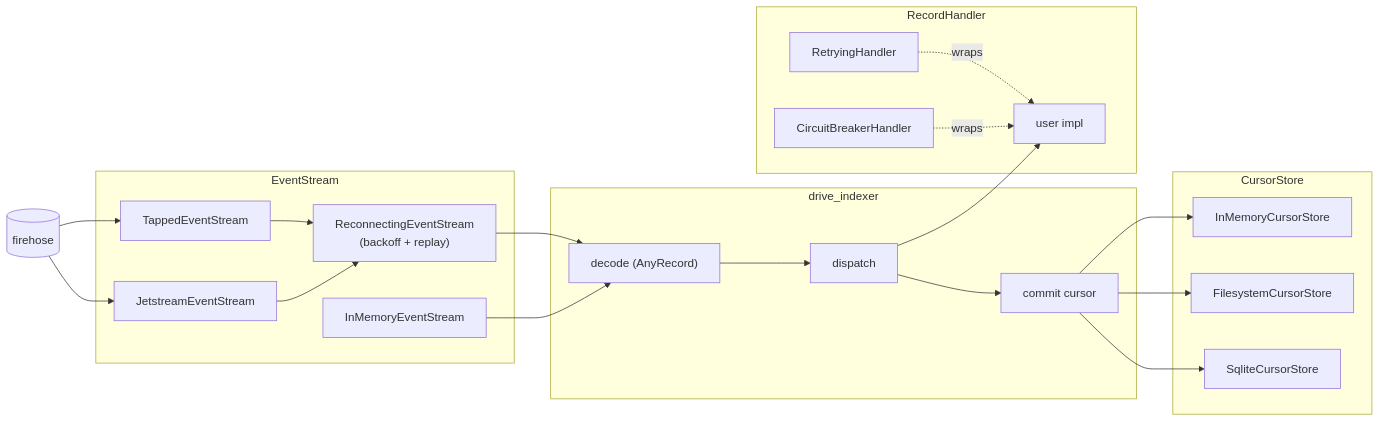
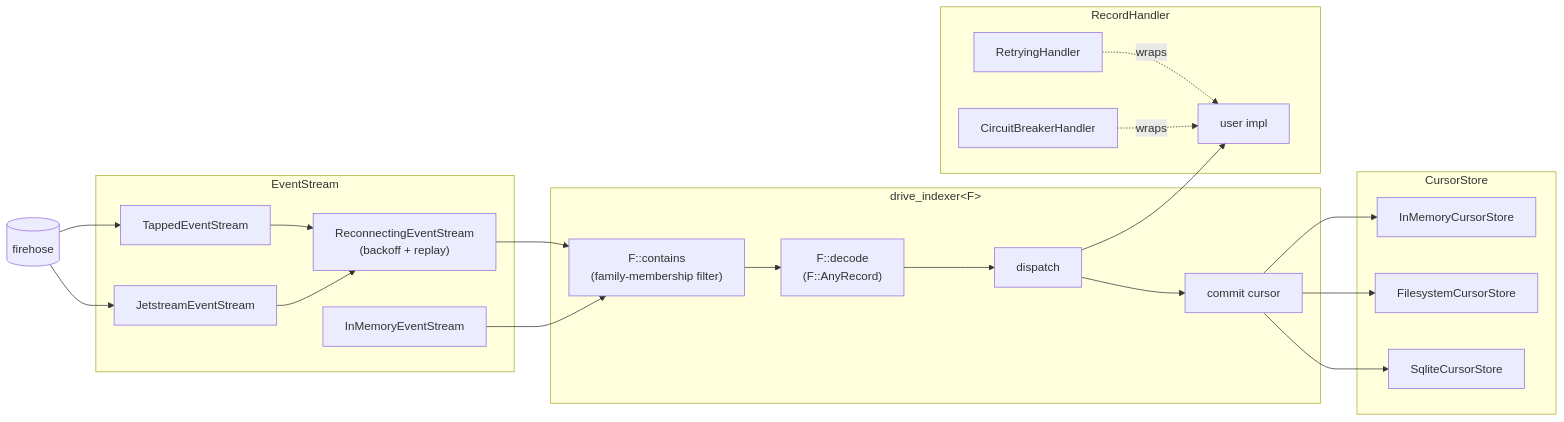
Before and after one commit to idiolect-dev/idiolect: the diagram in crates/idiolect-indexer/README.md, drawn with Mermaid. The commit also changed other lines of this file and 1 other file, not shown here.

First line of the commit message:
docs: refresh records + indexer READMEs for v0.5 family abstraction

````diff
--- a/crates/idiolect-indexer/README.md
+++ b/crates/idiolect-indexer/README.md
@@ -14,43 +17,45 @@
 ```mermaid
 flowchart LR
     subgraph transport["EventStream"]
         T1["TappedEventStream"]
         T2["JetstreamEventStream"]
         T3["InMemoryEventStream"]
         RC["ReconnectingEventStream<br/>(backoff + replay)"]
     end
 
-    subgraph loop["drive_indexer"]
-        DEC["decode (AnyRecord)"]
+    subgraph loop["drive_indexer&lt;F&gt;"]
+        FILT["F::contains<br/>(family-membership filter)"]
+        DEC["F::decode<br/>(F::AnyRecord)"]
         DISP["dispatch"]
         ACK["commit cursor"]
     end
 
     subgraph handler["RecordHandler"]
         H0["user impl"]
         H1["RetryingHandler"]
         H2["CircuitBreakerHandler"]
     end
 
     subgraph cursor["CursorStore"]
         C1["InMemoryCursorStore"]
         C2["FilesystemCursorStore"]
         C3["SqliteCursorStore"]
     end
 
     FH[("firehose")]
     FH --> T1
     FH --> T2
     T1 --> RC
     T2 --> RC
-    RC --> DEC
-    T3 --> DEC
+    RC --> FILT
+    T3 --> FILT
+    FILT --> DEC
     DEC --> DISP
     DISP --> H0
     H1 -.wraps.-> H0
     H2 -.wraps.-> H0
     DISP --> ACK
     ACK --> C1
     ACK --> C2
     ACK --> C3
 ```
````
